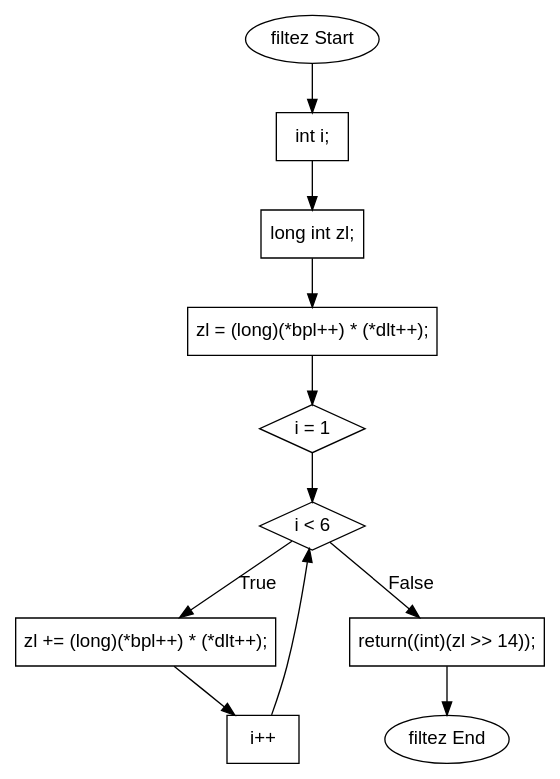
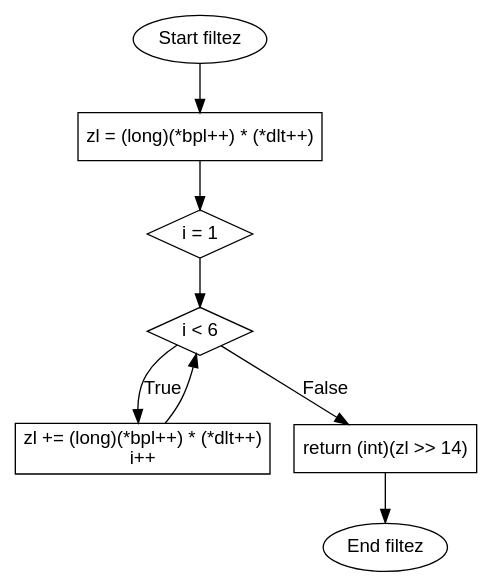
Before and after one commit to Lucas170620/prompts-infeasible-path-AI-detecting-repository: the diagram in quinta/adpcm/filtez.dot, drawn with Graphviz. The commit also changed 136 other files, not shown here.

```diff
--- a/quinta/adpcm/filtez.dot
+++ b/quinta/adpcm/filtez.dot
@@ -1,27 +1,21 @@
 digraph filtez {
     rankdir=TB;
     node [shape=box, fontname=Arial];
     edge [fontname=Arial];
 
-    start [label="filtez Start", shape=ellipse];
-    end [label="filtez End", shape=ellipse];
-    init_i [label="int i;"];
-    init_zl [label="long int zl;"];
-    init_zl_calc [label="zl = (long)(*bpl++) * (*dlt++);"];
-    for_init [label="i = 1", shape=diamond];
-    for_cond [label="i < 6", shape=diamond];
-    for_body [label="zl += (long)(*bpl++) * (*dlt++);"];
-    for_inc [label="i++"];
-    return_stmt [label="return((int)(zl >> 14));"];
+    start [label="Start filtez", shape=ellipse];
+    end [label="End filtez", shape=ellipse];
+    init_zl [label="zl = (long)(*bpl++) * (*dlt++)"];
+    loop_init [label="i = 1", shape=diamond];
+    loop_cond [label="i < 6", shape=diamond];
+    loop_body [label="zl += (long)(*bpl++) * (*dlt++)\ni++"];
+    return_stmt [label="return (int)(zl >> 14)"];
 
-    start -> init_i;
-    init_i -> init_zl;
-    init_zl -> init_zl_calc;
-    init_zl_calc -> for_init;
-    for_init -> for_cond;
-    for_cond -> for_body [label="True"];
-    for_cond -> return_stmt [label="False"];
-    for_body -> for_inc;
-    for_inc -> for_cond;
+    start -> init_zl;
+    init_zl -> loop_init;
+    loop_init -> loop_cond;
+    loop_cond -> loop_body [label="True"];
+    loop_cond -> return_stmt [label="False"];
+    loop_body -> loop_cond;
     return_stmt -> end;
 }
```
